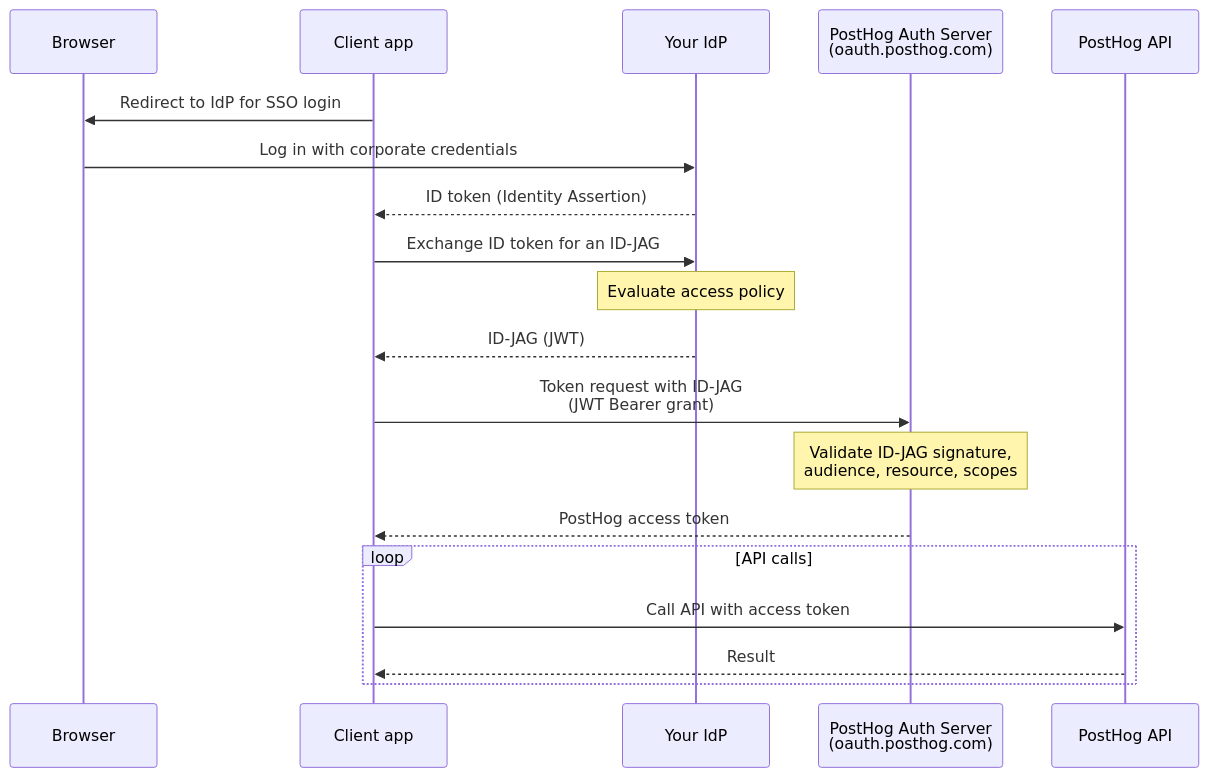
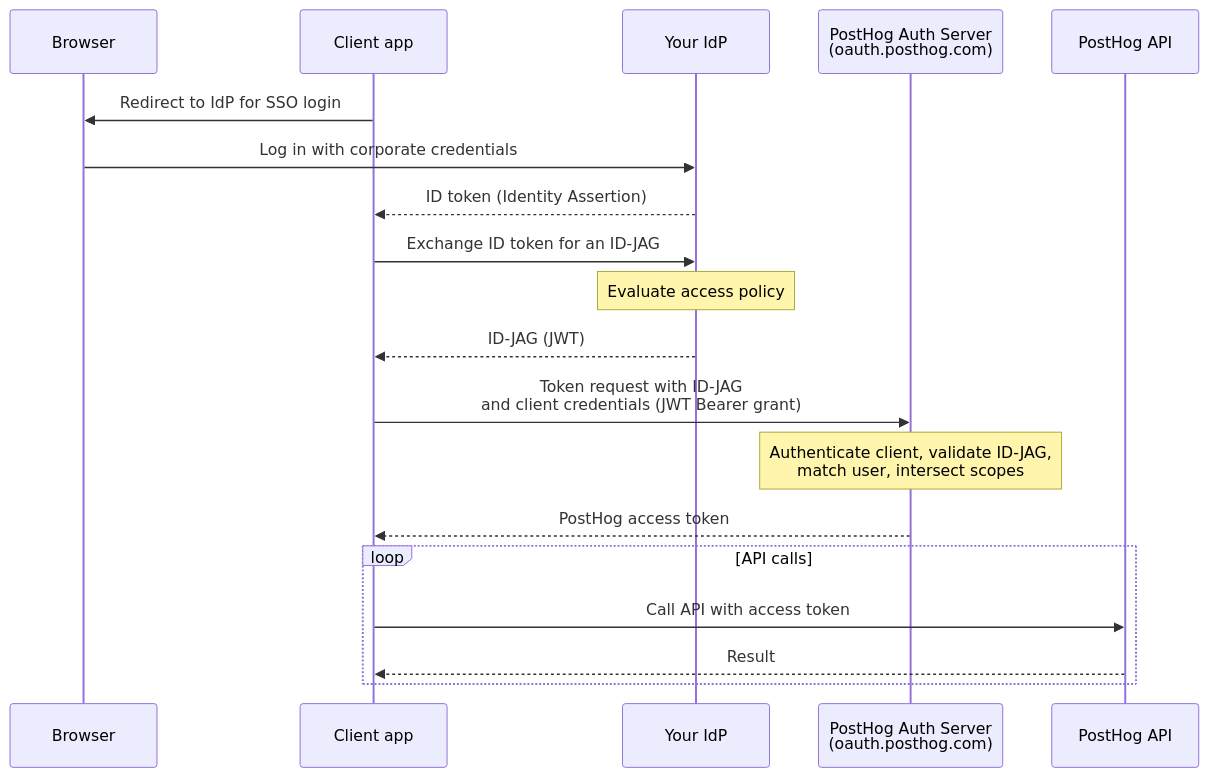
One commit to PostHog/posthog.com changed the diagram in contents/docs/settings/authentication/id-jag.mdx. Above: the diagram before and after it, drawn with Mermaid. The commit also changed other lines of this file and 2 other files, not shown here.

First line of the commit message:
docs(id-jag): describe the current xaa setup, plans, and token rules

````diff
--- a/contents/docs/settings/authentication/id-jag.mdx
+++ b/contents/docs/settings/authentication/id-jag.mdx
@@ -37,25 +37,25 @@
 ```mermaid
 sequenceDiagram
     participant User as Browser
     participant Client as Client app
     participant IdP as Your IdP
     participant AS as PostHog Auth Server<br/>(oauth.posthog.com)
     participant API as PostHog API
 
     Client->>User: Redirect to IdP for SSO login
     User->>IdP: Log in with corporate credentials
     IdP-->>Client: ID token (Identity Assertion)
 
     Client->>IdP: Exchange ID token for an ID-JAG
     Note over IdP: Evaluate access policy
     IdP-->>Client: ID-JAG (JWT)
 
-    Client->>AS: Token request with ID-JAG<br/>(JWT Bearer grant)
-    Note over AS: Validate ID-JAG signature,<br/>audience, resource, scopes
+    Client->>AS: Token request with ID-JAG<br/>and client credentials (JWT Bearer grant)
+    Note over AS: Authenticate client, validate ID-JAG,<br/>match user, intersect scopes
     AS-->>Client: PostHog access token
 
     loop API calls
         Client->>API: Call API with access token
         API-->>Client: Result
     end
 ```
````
